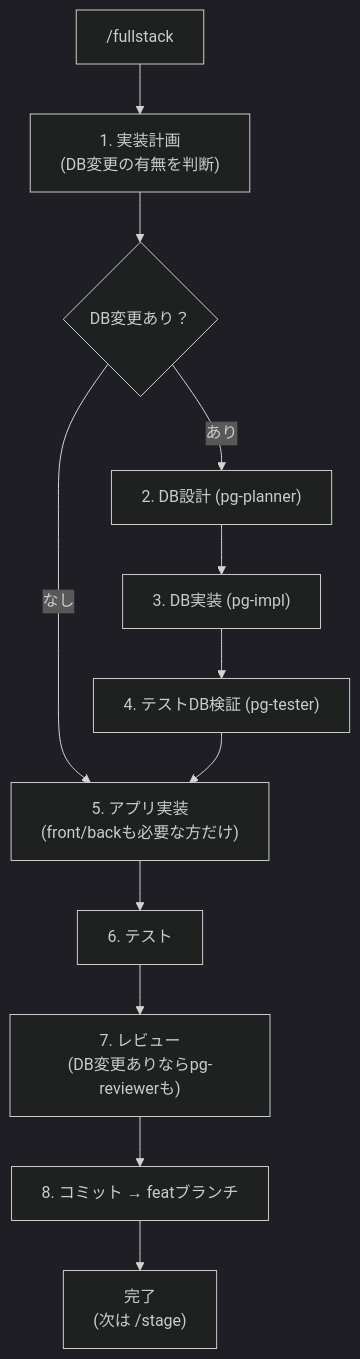
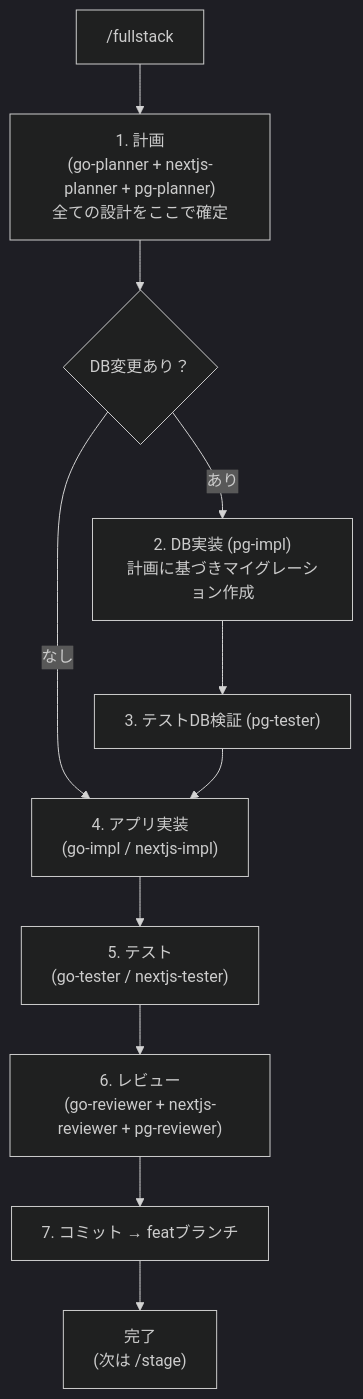
Before and after one commit to nyan-tama/Ghostrunner: the sixth of 9 diagrams in 開発/検討中/2026-03-02_デプロイフローパターン定型化.md, drawn with Mermaid (dark theme). The commit also changed other lines of this file, not shown here.

````diff
--- a/開発/検討中/2026-03-02_デプロイフローパターン定型化.md
+++ b/開発/検討中/2026-03-02_デプロイフローパターン定型化.md
@@ -257,16 +258,16 @@
 ```mermaid
 flowchart TD
-    START["/fullstack"] --> PLAN["1. 実装計画<br/>(DB変更の有無を判断)"]
+    START["/fullstack"] --> PLAN["1. 計画<br/>(go-planner + nextjs-planner + pg-planner)<br/>全ての設計をここで確定"]
+
     PLAN --> DB_CHECK{"DB変更あり？"}
-    DB_CHECK -->|あり| DB_PLAN["2. DB設計 (pg-planner)"]
+    DB_CHECK -->|あり| DB_IMPL["2. DB実装 (pg-impl)<br/>計画に基づきマイグレーション作成"]
     DB_CHECK -->|なし| APP_IMPL
 
-    DB_PLAN --> DB_IMPL["3. DB実装 (pg-impl)"]
-    DB_IMPL --> DB_TEST["4. テストDB検証 (pg-tester)"]
-    DB_TEST --> APP_IMPL["5. アプリ実装<br/>(front/backも必要な方だけ)"]
+    DB_IMPL --> DB_TEST["3. テストDB検証 (pg-tester)"]
+    DB_TEST --> APP_IMPL["4. アプリ実装<br/>(go-impl / nextjs-impl)"]
 
-    APP_IMPL --> TEST["6. テスト"]
-    TEST --> REVIEW["7. レビュー<br/>(DB変更ありならpg-reviewerも)"]
-    REVIEW --> COMMIT["8. コミット → featブランチ"]
+    APP_IMPL --> TEST["5. テスト<br/>(go-tester / nextjs-tester)"]
+    TEST --> REVIEW["6. レビュー<br/>(go-reviewer + nextjs-reviewer + pg-reviewer)"]
+    REVIEW --> COMMIT["7. コミット → featブランチ"]
     COMMIT --> END_FS["完了<br/>(次は /stage)"]
 ```
````
